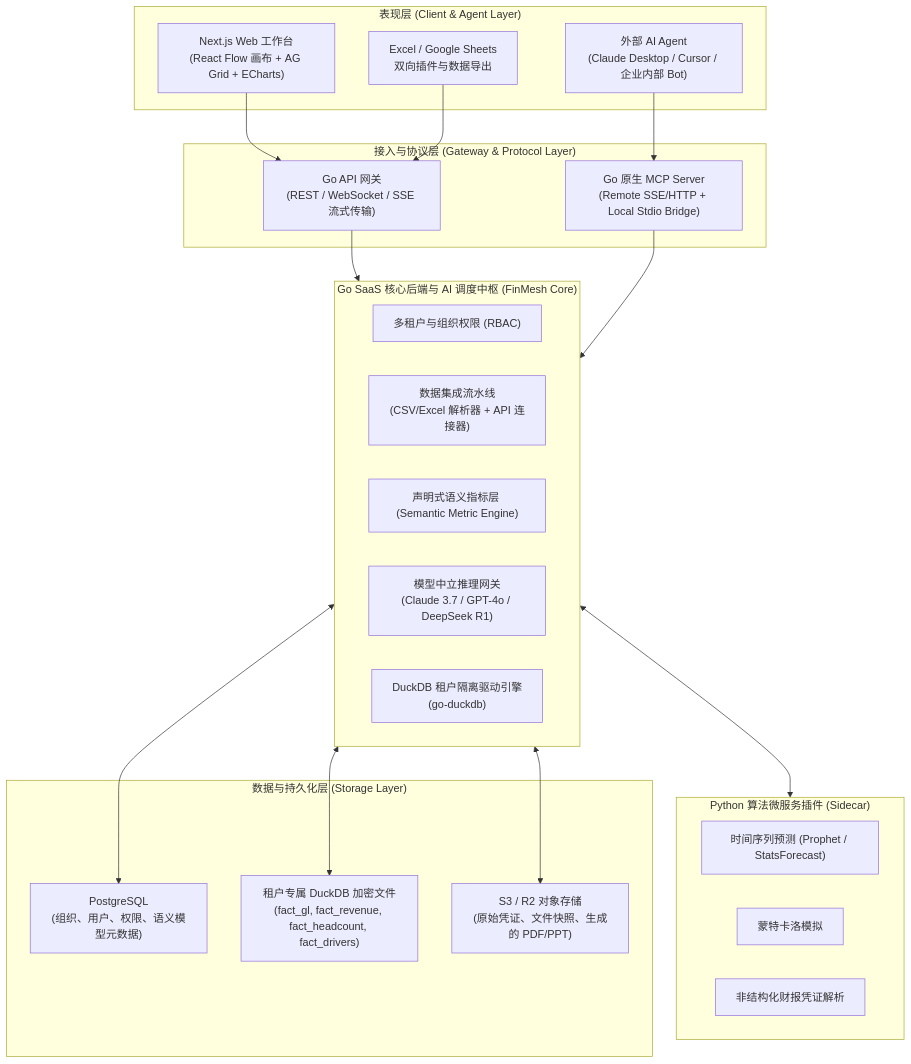
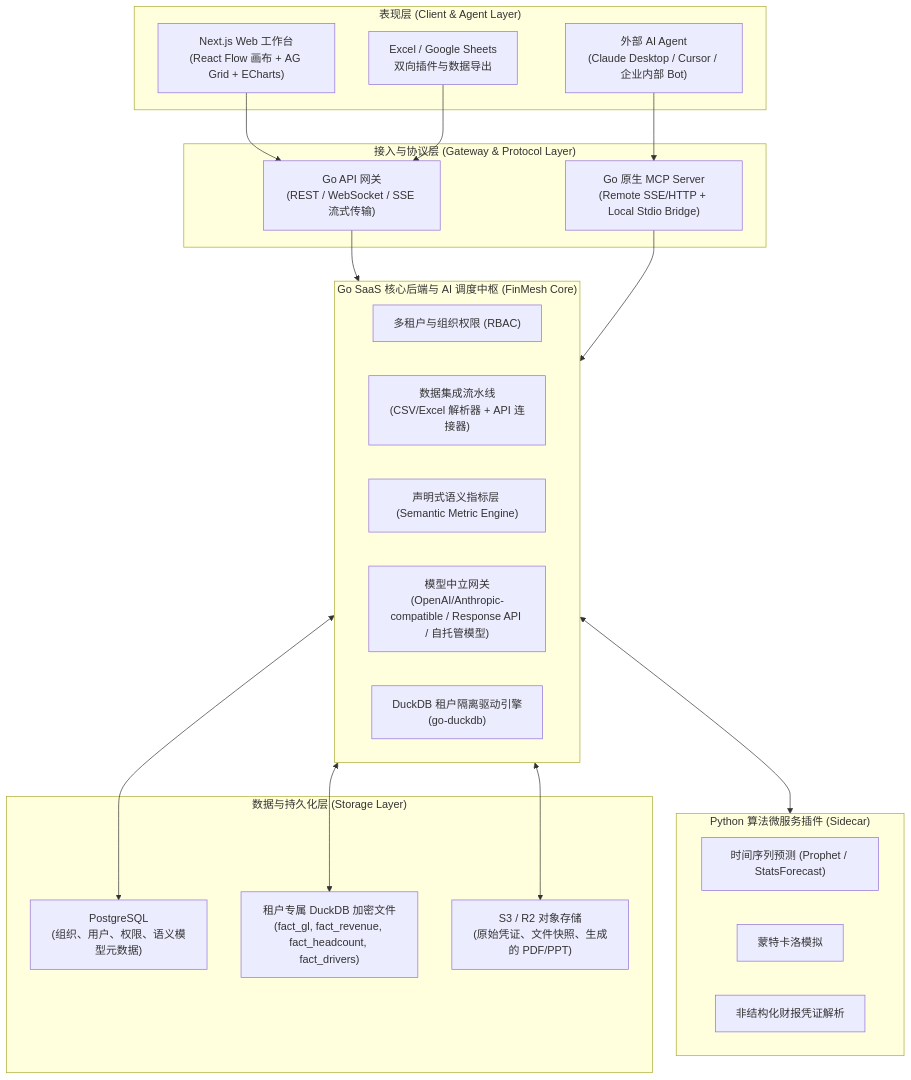
The second of 3 diagrams in 02-product/architecture-whitepaper.md (CHEUKFUNGWU/finmesh), drawn with Mermaid before and after one commit. The commit also changed other lines of this file and 3 other files, not shown here.

Commit message:
docs: standardize model-neutral gateway specs to protocol-based support (OpenAI/Anthropic-compatible, Response API, self-hosted)

````diff
--- a/02-product/architecture-whitepaper.md
+++ b/02-product/architecture-whitepaper.md
@@ -75,45 +75,45 @@
 ```mermaid
 flowchart TB
     subgraph ClientLayer ["表现层 (Client & Agent Layer)"]
         WebUI["Next.js Web 工作台\n(React Flow 画布 + AG Grid + ECharts)"]
         ExternalAgent["外部 AI Agent\n(Claude Desktop / Cursor / 企业内部 Bot)"]
         ExcelAddin["Excel / Google Sheets\n双向插件与数据导出"]
     end
 
     subgraph GatewayLayer ["接入与协议层 (Gateway & Protocol Layer)"]
         APIGateway["Go API 网关\n(REST / WebSocket / SSE 流式传输)"]
         MCPServer["Go 原生 MCP Server\n(Remote SSE/HTTP + Local Stdio Bridge)"]
     end
 
     subgraph GoCore ["Go SaaS 核心后端与 AI 调度中枢 (FinMesh Core)"]
         AuthTenant["多租户与组织权限 (RBAC)"]
         DataIngestion["数据集成流水线\n(CSV/Excel 解析器 + API 连接器)"]
         SemanticEngine["声明式语义指标层 (Semantic Metric Engine)"]
-        LLMOrchestrator["模型中立推理网关\n(Claude 3.7 / GPT-4o / DeepSeek R1)"]
+        LLMOrchestrator["模型中立网关\n(OpenAI/Anthropic-compatible / Response API / 自托管模型)"]
         DuckDBManager["DuckDB 租户隔离驱动引擎\n(go-duckdb)"]
     end
 
     subgraph PythonSidecar ["Python 算法微服务插件 (Sidecar)"]
         ProphetService["时间序列预测 (Prophet / StatsForecast)"]
         MonteCarloService["蒙特卡洛模拟"]
         DocOCRService["非结构化财报凭证解析"]
     end
 
     subgraph StorageLayer ["数据与持久化层 (Storage Layer)"]
         PGMetadata["PostgreSQL\n(组织、用户、权限、语义模型元数据)"]
         TenantDuckDB["租户专属 DuckDB 加密文件\n(fact_gl, fact_revenue, fact_headcount, fact_drivers)"]
         ObjectStorage["S3 / R2 对象存储\n(原始凭证、文件快照、生成的 PDF/PPT)"]
     end
 
     WebUI --> APIGateway
     ExternalAgent --> MCPServer
     ExcelAddin --> APIGateway
 
     APIGateway --> GoCore
     MCPServer --> GoCore
 
     GoCore <--> PGMetadata
     GoCore <--> TenantDuckDB
     GoCore <--> ObjectStorage
     GoCore <--> PythonSidecar
 ```
````
